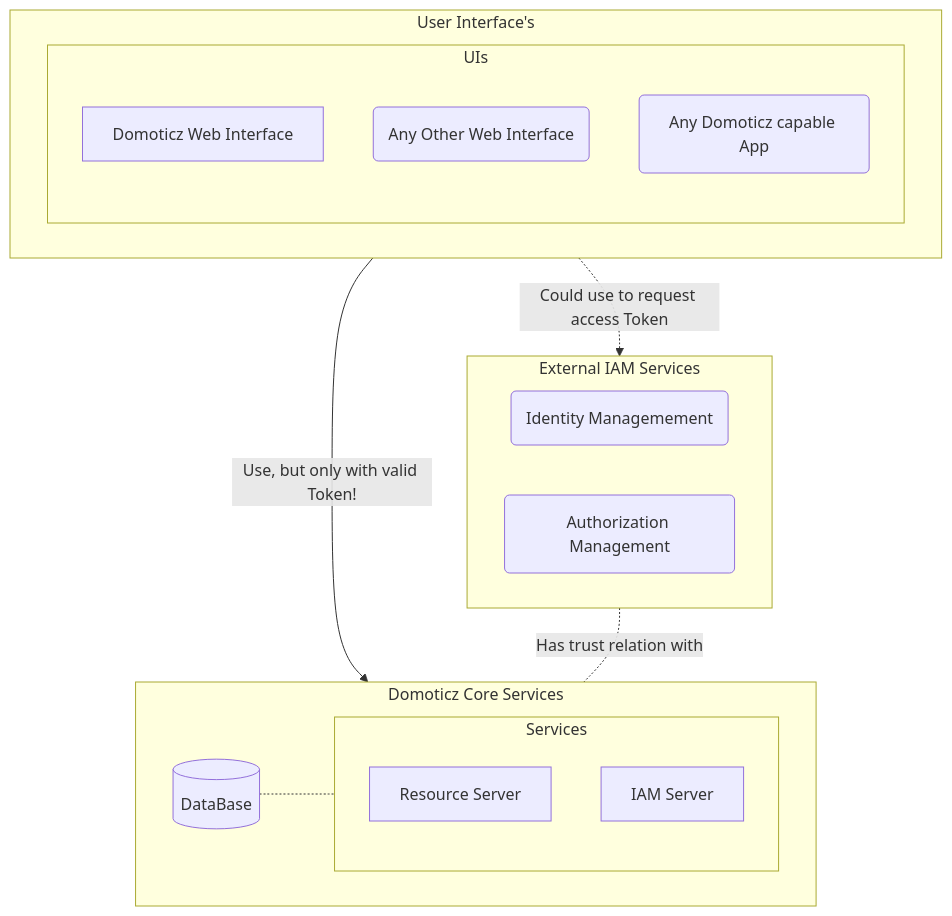
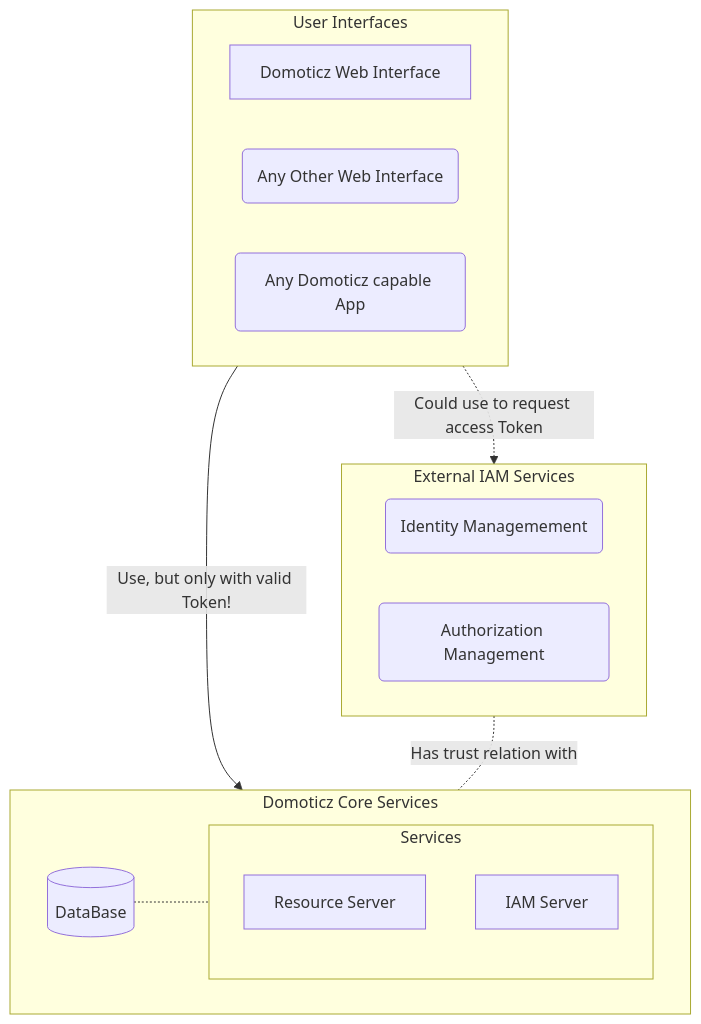
The diagram in SECURITY_SETUP.md (domoticz/domoticz), drawn with Mermaid before and after one commit.

Commit message:
Clean up, simplify flowchart
- There's no need for the inner "UIs" subgraph,
  if the flowchart is configured TD instead of TB.
  (I don't know why that matters, and it probably
  shouldn't. Seems to be a bug. But, it matters.)
- "User Interfaces" has no apostrophe in it

````diff
--- a/SECURITY_SETUP.md
+++ b/SECURITY_SETUP.md
@@ -30,26 +30,23 @@
 ```mermaid
-  flowchart TB
-  subgraph sUI["User Interface's"]
-    direction LR
-    subgraph UIs
-      DUI[Domoticz Web Interface]
-      OUI(Any Other Web Interface)
-      APP(Any Domoticz capable App)
-    end
+flowchart TD
+  subgraph sUI[User Interfaces]
+    DUI[Domoticz Web Interface]
+    OUI(Any Other Web Interface)
+    APP(Any Domoticz capable App)
   end
   subgraph sCORE[Domoticz Core Services]
     direction LR
     subgraph Services
       RSRV[Resource Server]
       IAM[IAM Server]
     end
     DB[(DataBase)] -.- Services
   end
   sUI -- "Use, but only with valid Token!" --> sCORE
   subgraph exIAM[External IAM Services]
     IM(Identity Managemement)
     AM(Authorization Management)
   end
   sUI -. "Could use to request access Token" .-> exIAM
   exIAM -. "Has trust relation with" .- sCORE
 ```
````
